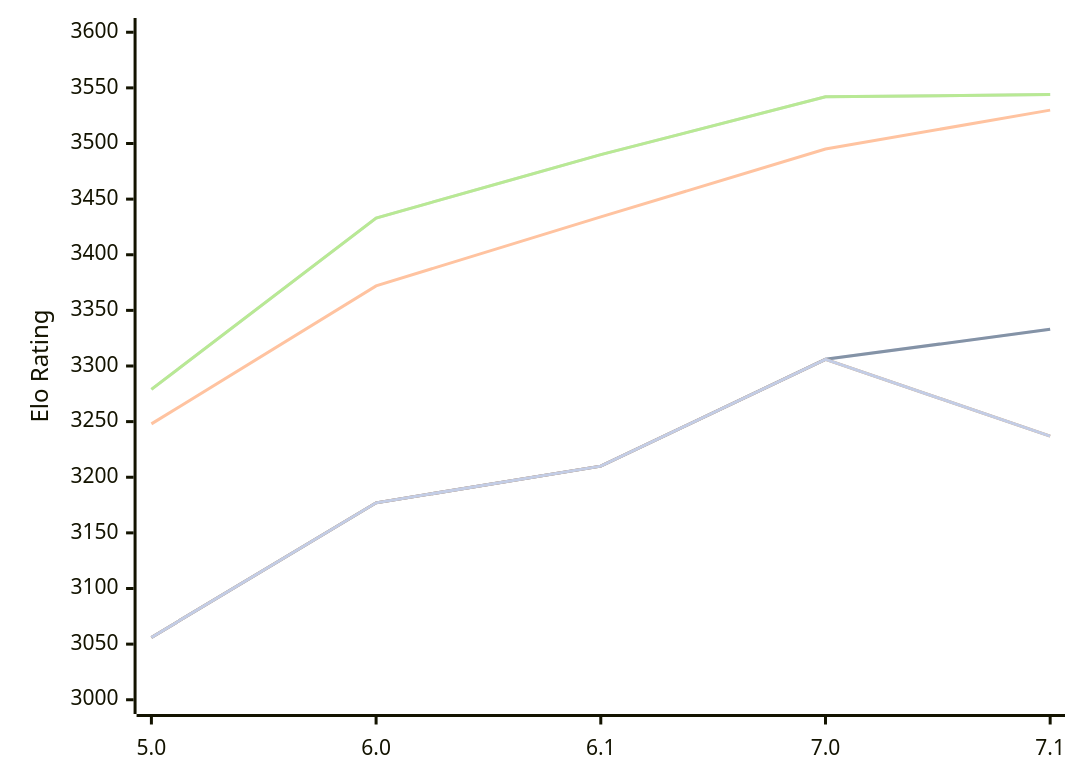
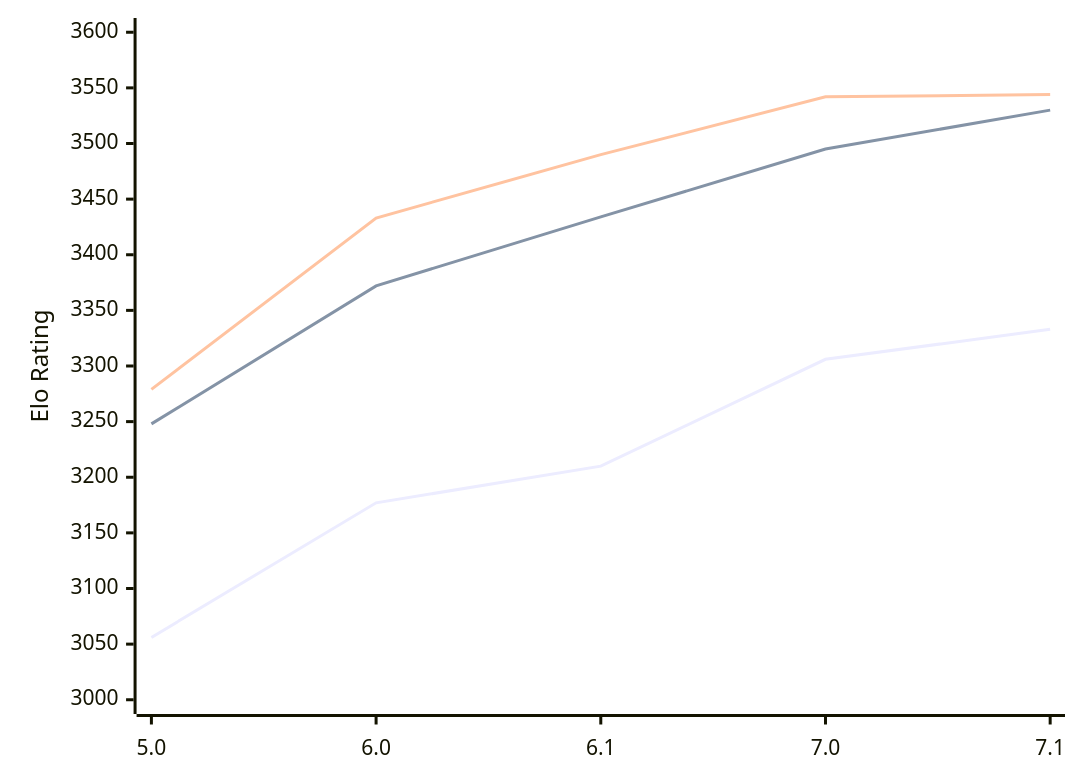
The diagram in engines/PZChessBot.md (computer-chess-index/cci), drawn with Mermaid before and after one commit. The commit also changed other lines of this file, not shown here.

````diff
--- a/engines/PZChessBot.md
+++ b/engines/PZChessBot.md
@@ -51,13 +51,9 @@
 ```mermaid
 %%{init: {"theme":"base","themeVariables":{"seriesColors:['#a3a3a3','#222221','#faa371']}}}%%
 xychart-beta
   x-axis ["5.0", "6.0", "6.1", "7.0", "7.1"]
   y-axis "Elo Rating" 3000 --> 3600
-  line "" [3056, 3177, 3210, 3306, 3333]
   line "T1: STC (8.0+0.08s)" [3056, 3177, 3210, 3306, 3333]
   line "T1: LTC (60.0+0.60s)" [3248, 3372, 3434, 3495, 3530]
-  line "" [3279, 3433, 3490, 3542, 3544]
   line "T1: VLTC (2m24s+1.12s)" [3279, 3433, 3490, 3542, 3544]
-  line "" [3056, 3177, 3210, 3306,3237]
-  line "E1: STC (8.0+0.08s)" [3056, 3177, 3210, 3306,3237]
 ```
````
